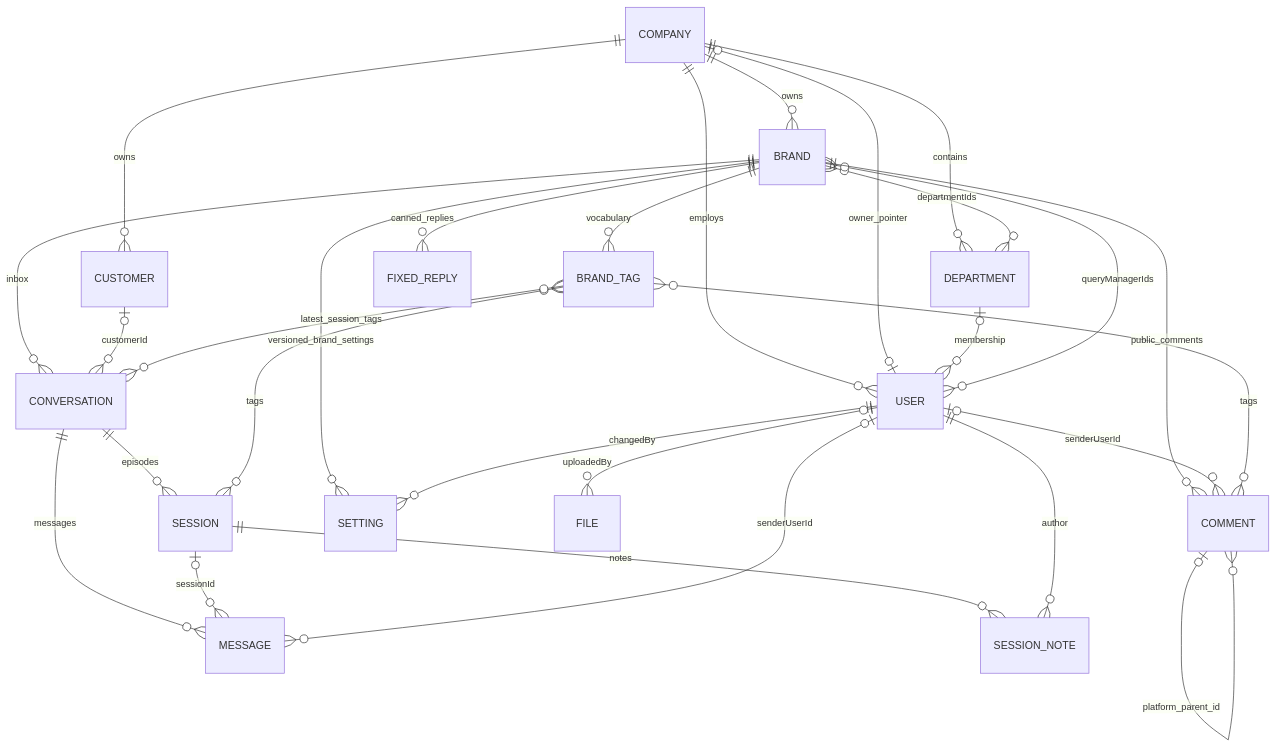
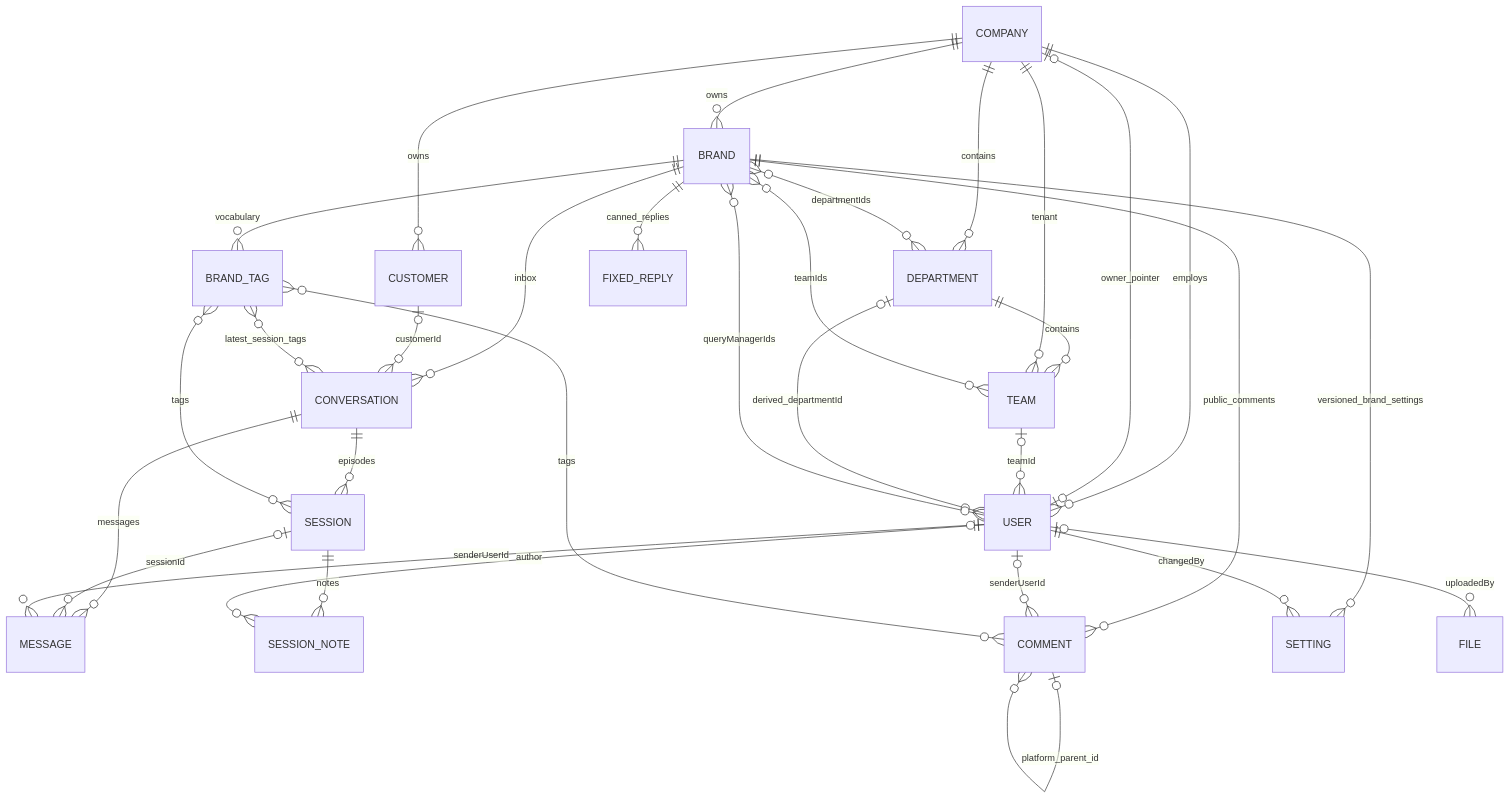
One commit to mdsalahuddin2001/fullstackshikhi changed the diagram in content/docs/listenyzen/data-model.mdx. Above: the diagram before and after it, drawn with Mermaid. The commit also changed other lines of this file and 24 other files, not shown here.

````diff
--- a/content/docs/listenyzen/data-model.mdx
+++ b/content/docs/listenyzen/data-model.mdx
@@ -21,30 +21,34 @@
 ```mermaid
 erDiagram
     COMPANY ||--o{ USER : employs
     COMPANY ||--o{ DEPARTMENT : contains
     COMPANY ||--o{ BRAND : owns
     COMPANY ||--o{ CUSTOMER : owns
     COMPANY o|--o| USER : owner_pointer
-    DEPARTMENT o|--o{ USER : membership
+    DEPARTMENT ||--o{ TEAM : contains
+    TEAM o|--o{ USER : teamId
+    DEPARTMENT o|--o{ USER : derived_departmentId
+    COMPANY ||--o{ TEAM : tenant
+    BRAND }o--o{ TEAM : teamIds
     BRAND }o--o{ DEPARTMENT : departmentIds
     BRAND }o--o{ USER : queryManagerIds
     BRAND ||--o{ BRAND_TAG : vocabulary
     BRAND ||--o{ CONVERSATION : inbox
     CUSTOMER o|--o{ CONVERSATION : customerId
     CONVERSATION ||--o{ SESSION : episodes
     CONVERSATION ||--o{ MESSAGE : messages
     SESSION o|--o{ MESSAGE : sessionId
     SESSION ||--o{ SESSION_NOTE : notes
     USER ||--o{ SESSION_NOTE : author
     USER o|--o{ MESSAGE : senderUserId
     BRAND ||--o{ COMMENT : public_comments
     COMMENT o|--o{ COMMENT : platform_parent_id
     USER o|--o{ COMMENT : senderUserId
     BRAND_TAG }o--o{ SESSION : tags
     BRAND_TAG }o--o{ COMMENT : tags
     BRAND_TAG }o--o{ CONVERSATION : latest_session_tags
     BRAND ||--o{ FIXED_REPLY : canned_replies
     BRAND ||--o{ SETTING : versioned_brand_settings
     USER ||--o{ SETTING : changedBy
     USER o|--o{ FILE : uploadedBy
 ```
````
